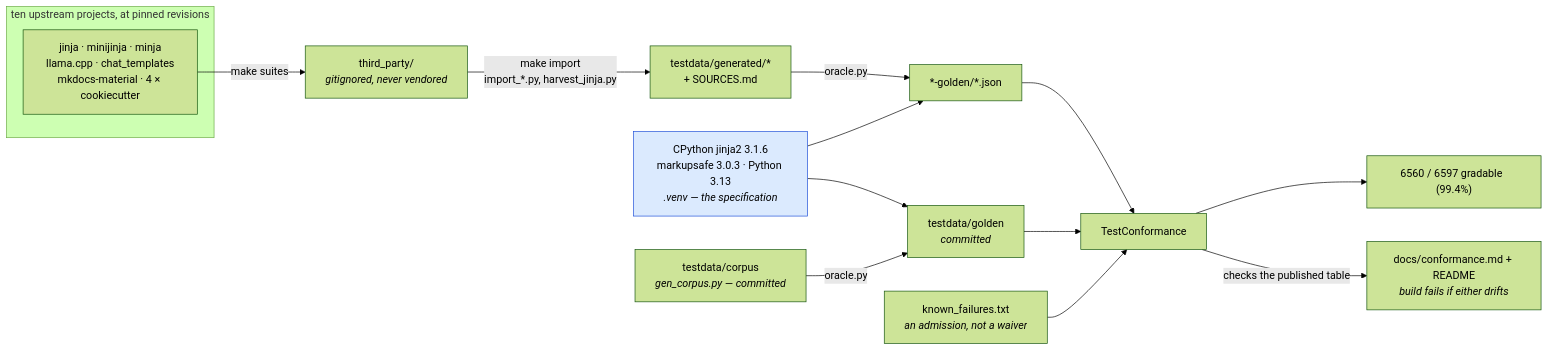
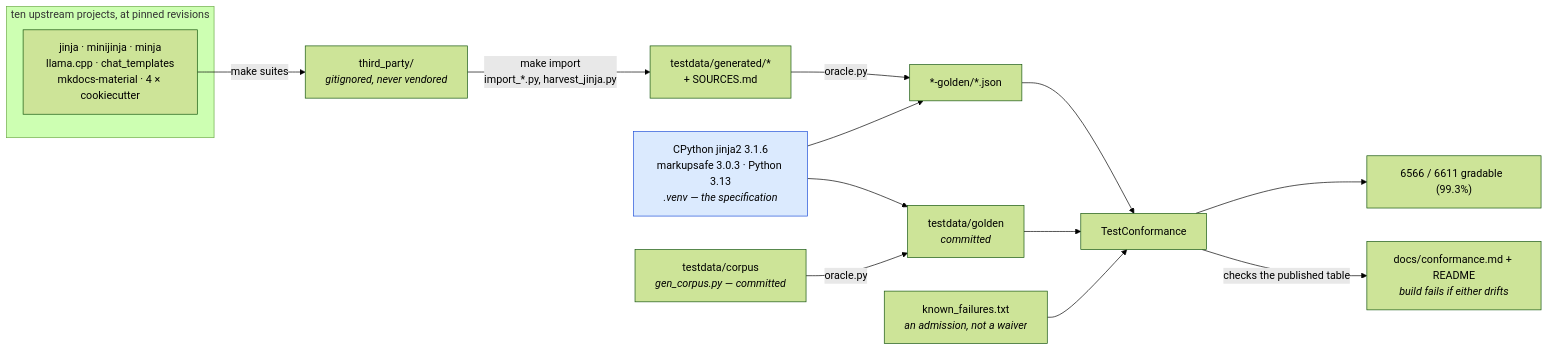
The first of 2 diagrams in docs/conformance.md (mgilbir/gojja2), drawn with Mermaid (forest theme) before and after one commit. The commit also changed other lines of this file and 39 other files, not shown here.

````diff
--- a/docs/conformance.md
+++ b/docs/conformance.md
@@ -17,24 +17,24 @@
 ```mermaid
 flowchart LR
     subgraph up["ten upstream projects, at pinned revisions"]
         U1["jinja · minijinja · minja<br/>llama.cpp · chat_templates<br/>mkdocs-material · 4 × cookiecutter"]
     end
     U1 -->|"make suites"| TP["third_party/<br/><i>gitignored, never vendored</i>"]
     TP -->|"make import<br/>import_*.py, harvest_jinja.py"| GEN["testdata/generated/*<br/>+ SOURCES.md"]
 
     ORA["CPython jinja2 3.1.6<br/>markupsafe 3.0.3 · Python 3.13<br/><i>.venv — the specification</i>"]
     GEN -->|"oracle.py"| G2["*-golden/*.json"]
     ORA --> G2
 
     OWN["testdata/corpus<br/><i>gen_corpus.py — committed</i>"] -->|"oracle.py"| G1["testdata/golden<br/><i>committed</i>"]
     ORA --> G1
 
     G1 --> TC["TestConformance"]
     G2 --> TC
     KF["known_failures.txt<br/><i>an admission, not a waiver</i>"] --> TC
-    TC --> RATE["6560 / 6597 gradable  (99.4%)"]
+    TC --> RATE["6566 / 6611 gradable  (99.3%)"]
     TC -->|"checks the published table"| RM["docs/conformance.md + README<br/><i>build fails if either drifts</i>"]
 
     classDef spec fill:#dbeafe,stroke:#1d4ed8,color:#000
     class ORA spec
 ```
````
